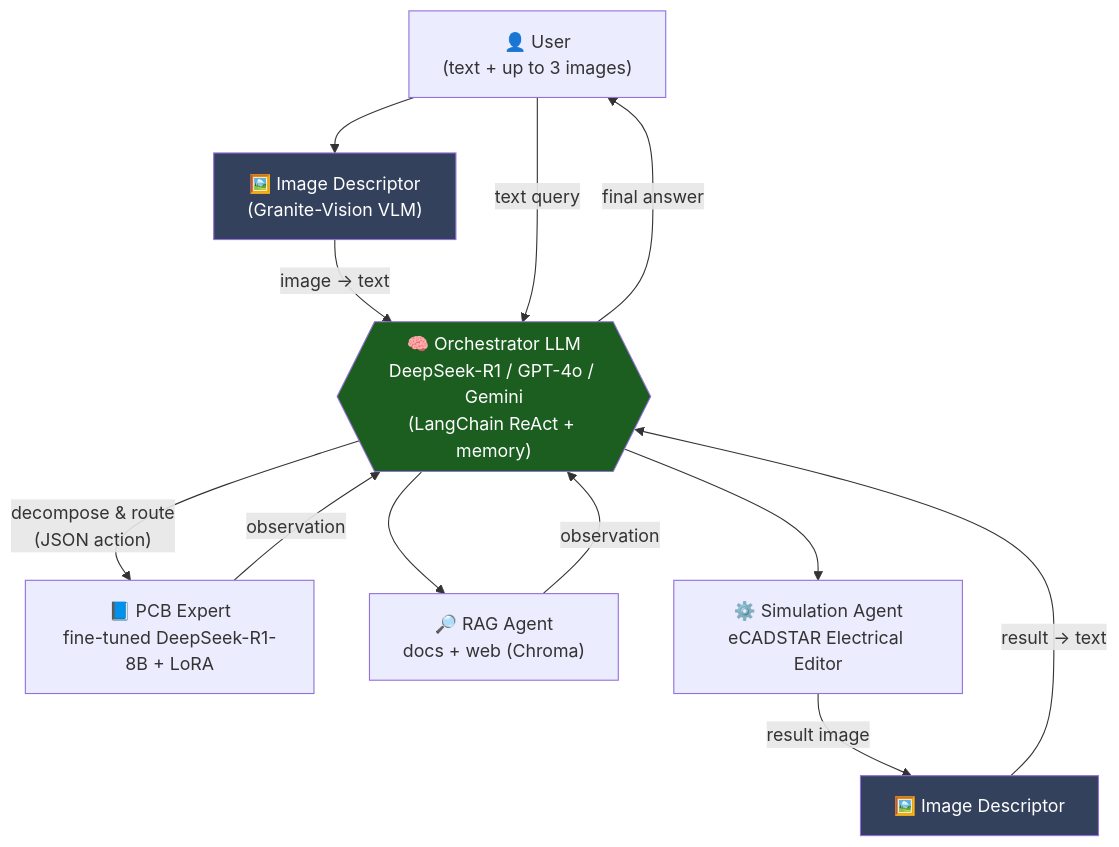
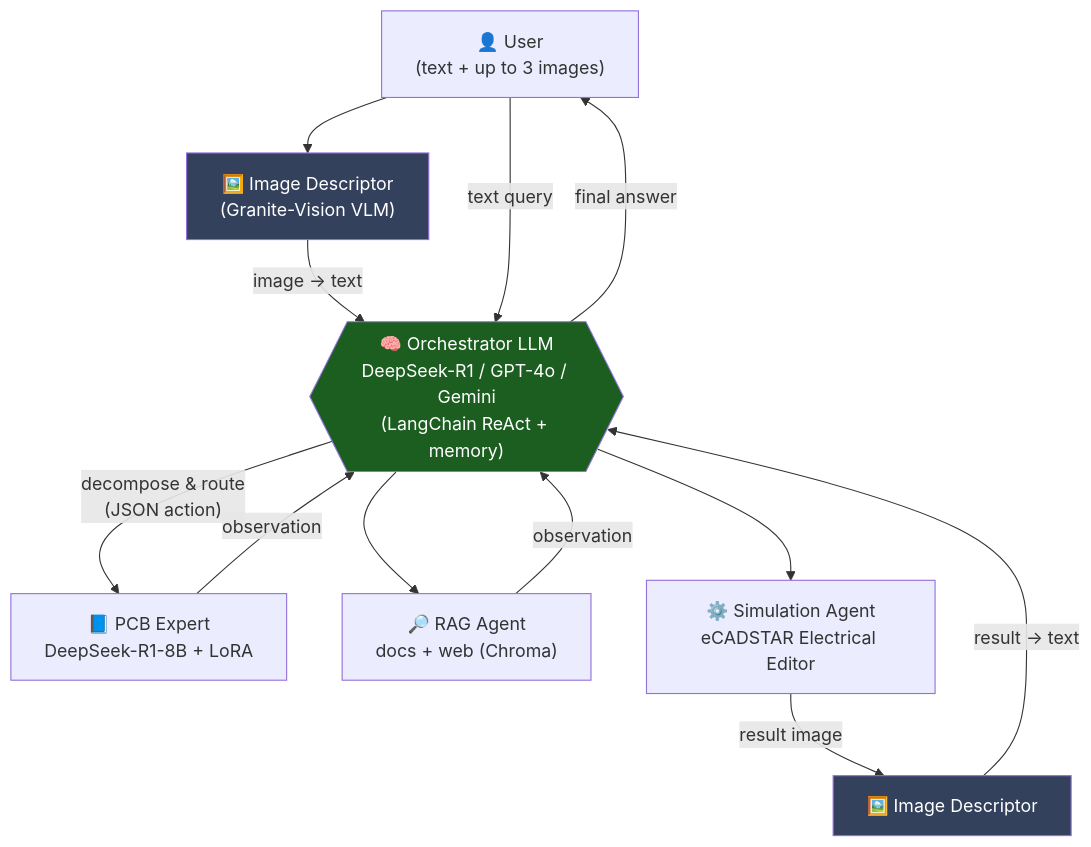
One commit to kovarthanmuthusamy/pcb-cad-llm-assistant changed the first of 4 diagrams in README.md. Above: the diagram before and after it, drawn with Mermaid. The commit also changed other lines of this file and 1 other file, not shown here.

````diff
--- a/README.md
+++ b/README.md
@@ -84,23 +76,23 @@
 ```mermaid
 flowchart TB
     U["👤 User<br/>(text + up to 3 images)"] --> IMG["🖼️ Image Descriptor<br/>(Granite-Vision VLM)"]
     IMG -- "image → text" --> ORC
     U -- "text query" --> ORC
 
     ORC{{"🧠 Orchestrator LLM<br/>DeepSeek-R1 / GPT-4o / Gemini<br/>(LangChain ReAct + memory)"}}
 
-    ORC -- "decompose & route<br/>(JSON action)" --> T1["📘 PCB Expert<br/>fine-tuned DeepSeek-R1-8B + LoRA"]
+    ORC -- "decompose & route<br/>(JSON action)" --> T1["📘 PCB Expert<br/>DeepSeek-R1-8B + LoRA"]
     ORC --> T2["🔎 RAG Agent<br/>docs + web (Chroma)"]
     ORC --> T3["⚙️ Simulation Agent<br/>eCADSTAR Electrical Editor"]
 
     T3 -- "result image" --> IMG2["🖼️ Image Descriptor"]
     IMG2 -- "result → text" --> ORC
     T1 -- "observation" --> ORC
     T2 -- "observation" --> ORC
 
     ORC -- "final answer" --> U
 
     style ORC fill:#1b5e20,color:#fff
     style IMG fill:#33415c,color:#fff
     style IMG2 fill:#33415c,color:#fff
 ```
````
